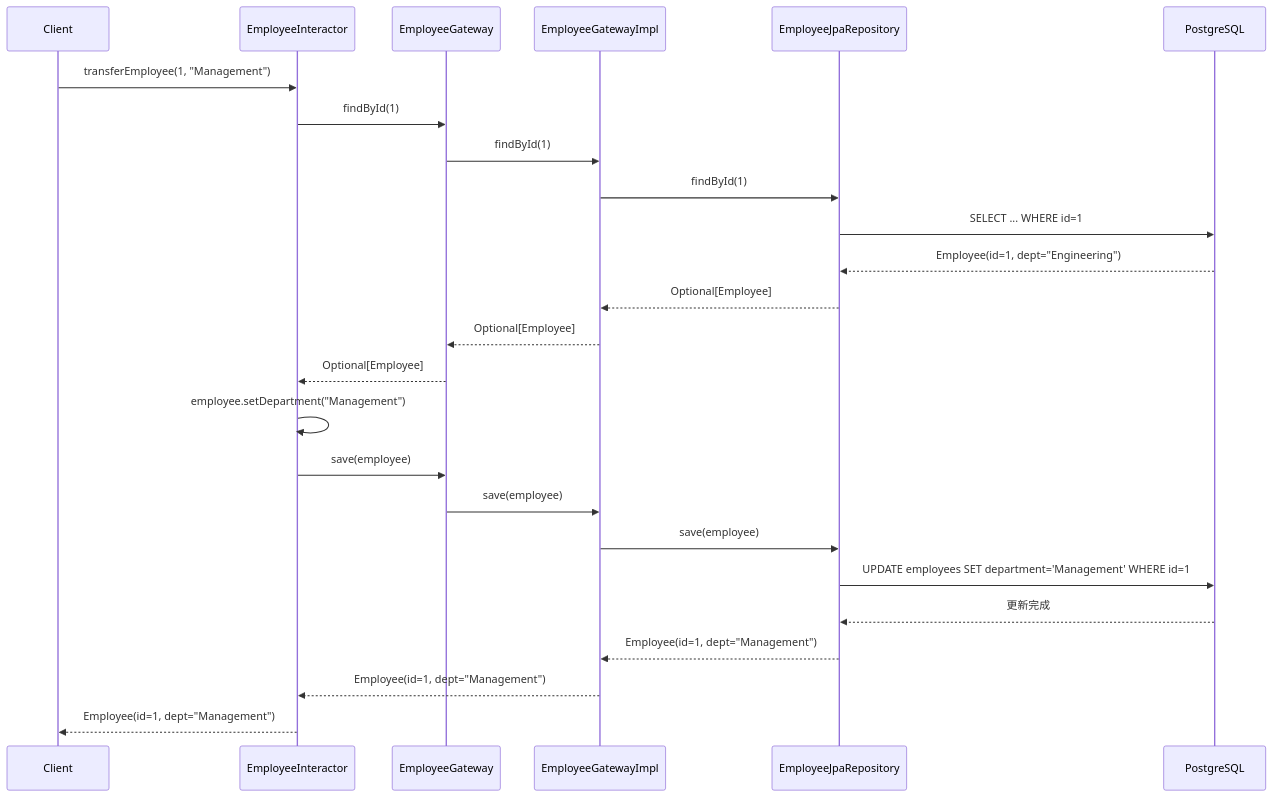
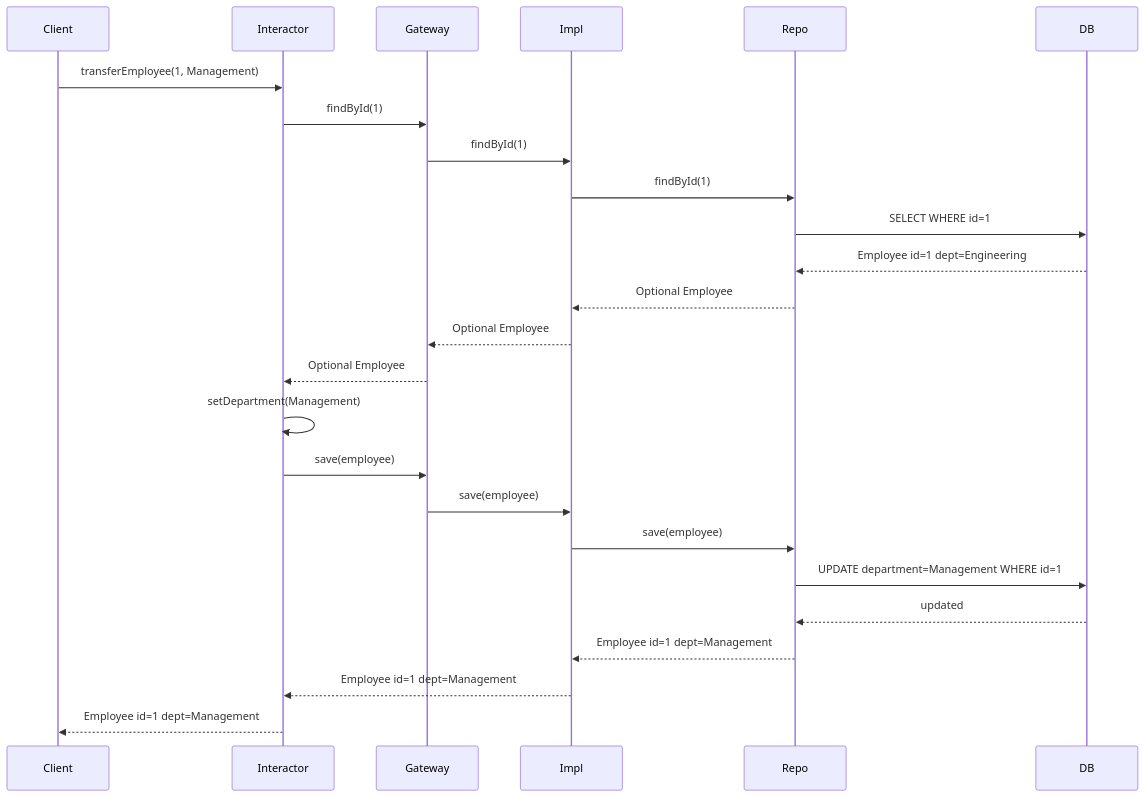
One commit to ChunPingWang/gateway-4-db-test changed the third of 5 diagrams in README.md. Above: the diagram before and after it, drawn with Mermaid. The commit also changed other lines of this file, not shown here.

Commit message:
fix: 修正 Sequence Diagram Mermaid 語法，移除特殊字元確保 GitHub 正常渲染

````diff
--- a/README.md
+++ b/README.md
@@ -135,28 +137,28 @@
 ```mermaid
 sequenceDiagram
     participant Client
-    participant Interactor as EmployeeInteractor
-    participant Gateway as EmployeeGateway
-    participant Impl as EmployeeGatewayImpl
-    participant Repo as EmployeeJpaRepository
-    participant DB as PostgreSQL
+    participant Interactor
+    participant Gateway
+    participant Impl
+    participant Repo
+    participant DB
 
-    Client->>Interactor: transferEmployee(1, "Management")
+    Client->>Interactor: transferEmployee(1, Management)
     Interactor->>Gateway: findById(1)
     Gateway->>Impl: findById(1)
     Impl->>Repo: findById(1)
-    Repo->>DB: SELECT ... WHERE id=1
-    DB-->>Repo: Employee(id=1, dept="Engineering")
-    Repo-->>Impl: Optional[Employee]
-    Impl-->>Gateway: Optional[Employee]
-    Gateway-->>Interactor: Optional[Employee]
-    Interactor->>Interactor: employee.setDepartment("Management")
+    Repo->>DB: SELECT WHERE id=1
+    DB-->>Repo: Employee id=1 dept=Engineering
+    Repo-->>Impl: Optional Employee
+    Impl-->>Gateway: Optional Employee
+    Gateway-->>Interactor: Optional Employee
+    Interactor->>Interactor: setDepartment(Management)
     Interactor->>Gateway: save(employee)
     Gateway->>Impl: save(employee)
     Impl->>Repo: save(employee)
-    Repo->>DB: UPDATE employees SET department='Management' WHERE id=1
-    DB-->>Repo: 更新完成
-    Repo-->>Impl: Employee(id=1, dept="Management")
-    Impl-->>Interactor: Employee(id=1, dept="Management")
-    Interactor-->>Client: Employee(id=1, dept="Management")
+    Repo->>DB: UPDATE department=Management WHERE id=1
+    DB-->>Repo: updated
+    Repo-->>Impl: Employee id=1 dept=Management
+    Impl-->>Interactor: Employee id=1 dept=Management
+    Interactor-->>Client: Employee id=1 dept=Management
 ```
````
